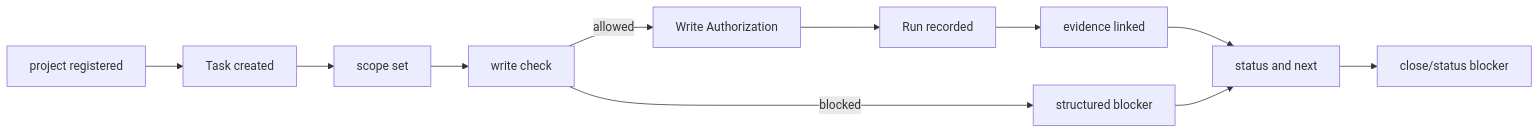
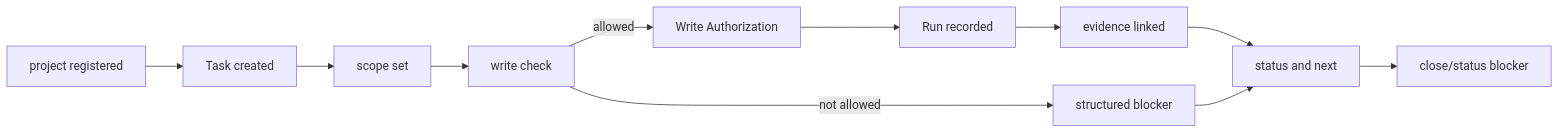
One commit to minjungw00/Harness_Project changed the second of 2 diagrams in docs/en/build/mvp-plan.md. Above: the diagram before and after it, drawn with Mermaid. The commit also changed other lines of this file and 11 other files, not shown here.

````diff
--- a/docs/en/build/mvp-plan.md
+++ b/docs/en/build/mvp-plan.md
@@ -131,13 +143,13 @@
 ```mermaid
 flowchart LR
   Register["project registered"] --> Task["Task created"]
   Task --> Scope["scope set"]
   Scope --> Check["write check"]
   Check -->|allowed| Authorization["Write Authorization"]
   Authorization --> Run["Run recorded"]
   Run --> Evidence["evidence linked"]
-  Check -->|blocked| Blocker["structured blocker"]
+  Check -->|not allowed| Blocker["structured blocker"]
   Evidence --> Status["status and next"]
   Blocker --> Status
   Status --> Close["close/status blocker"]
 ```
````
